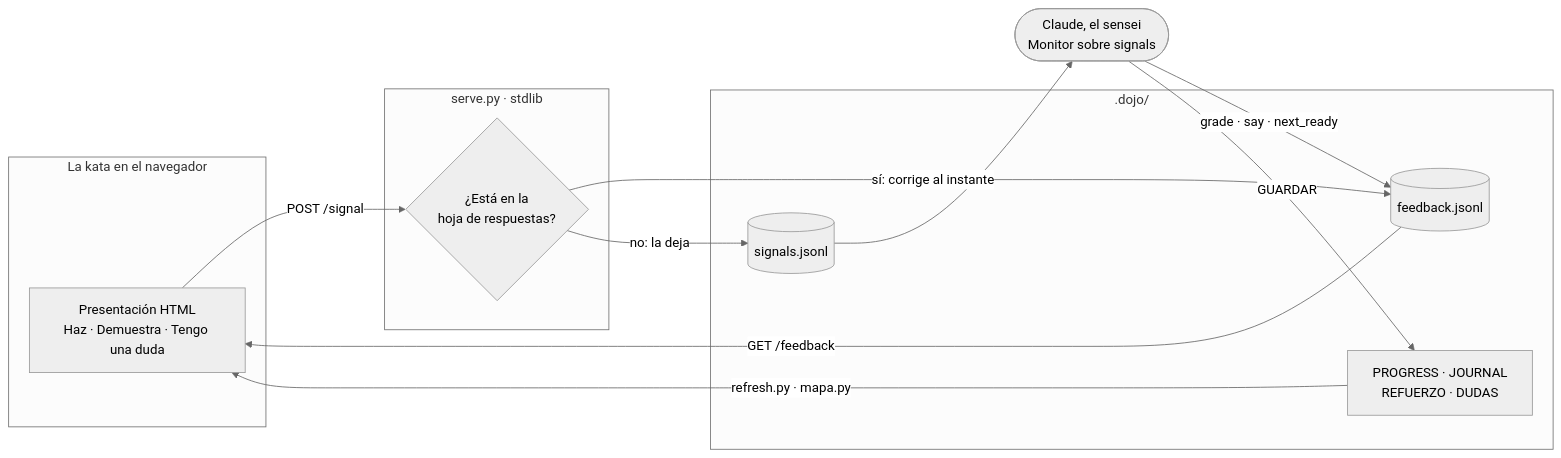
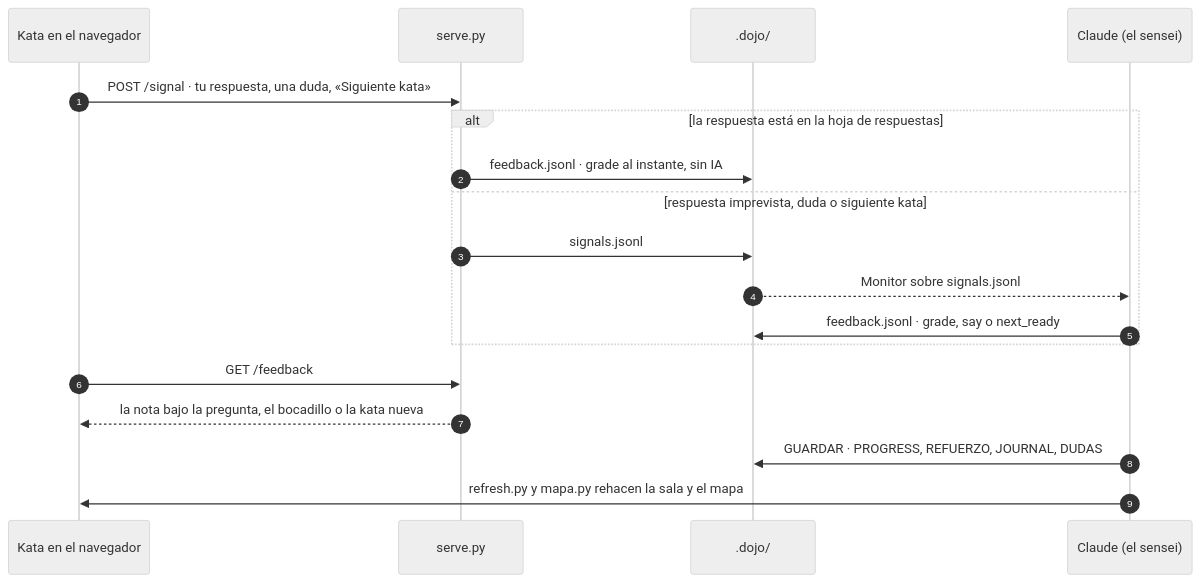
The diagram in README.md (Lozadaa/sensei-dojo), drawn with Mermaid (neutral theme) before and after one commit. The commit also changed other lines of this file, not shown here.

Commit message:
README: el canal como diagrama de secuencia y cabecera en la tabla

````diff
--- a/README.md
+++ b/README.md
@@ -103,24 +103,20 @@
 ```mermaid
-flowchart LR
-    subgraph web["La kata en el navegador"]
-      P["Presentación HTML<br/>Haz · Demuestra · Tengo una duda"]
+sequenceDiagram
+    autonumber
+    participant P as Kata en el navegador
+    participant S as serve.py
+    participant D as .dojo/
+    participant C as Claude (el sensei)
+    P->>S: POST /signal · tu respuesta, una duda, «Siguiente kata»
+    alt la respuesta está en la hoja de respuestas
+        S->>D: feedback.jsonl · grade al instante, sin IA
+    else respuesta imprevista, duda o siguiente kata
+        S->>D: signals.jsonl
+        D-->>C: Monitor sobre signals.jsonl
+        C->>D: feedback.jsonl · grade, say o next_ready
     end
-    subgraph local["serve.py · stdlib"]
-      K{"¿Está en la<br/>hoja de respuestas?"}
-    end
-    subgraph dojo[".dojo/"]
-      S[("signals.jsonl")]
-      F[("feedback.jsonl")]
-      M["PROGRESS · JOURNAL<br/>REFUERZO · DUDAS"]
-    end
-    C(["Claude, el sensei<br/>Monitor sobre signals"])
-
-    P -- "POST /signal" --> K
-    K -- "sí: corrige al instante" --> F
-    K -- "no: la deja" --> S
-    S --> C
-    C -- "grade · say · next_ready" --> F
-    F -- "GET /feedback" --> P
-    C -- "GUARDAR" --> M
-    M -- "refresh.py · mapa.py" --> P
+    P->>S: GET /feedback
+    S-->>P: la nota bajo la pregunta, el bocadillo o la kata nueva
+    C->>D: GUARDAR · PROGRESS, REFUERZO, JOURNAL, DUDAS
+    C->>P: refresh.py y mapa.py rehacen la sala y el mapa
 ```
````
